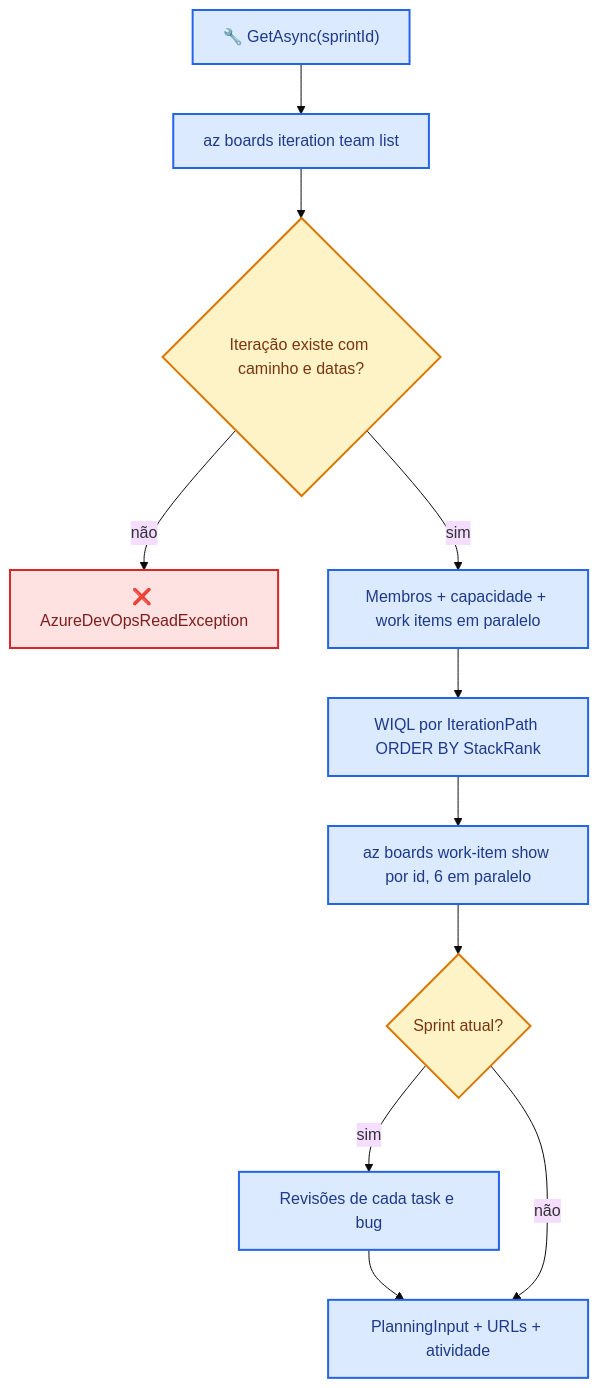
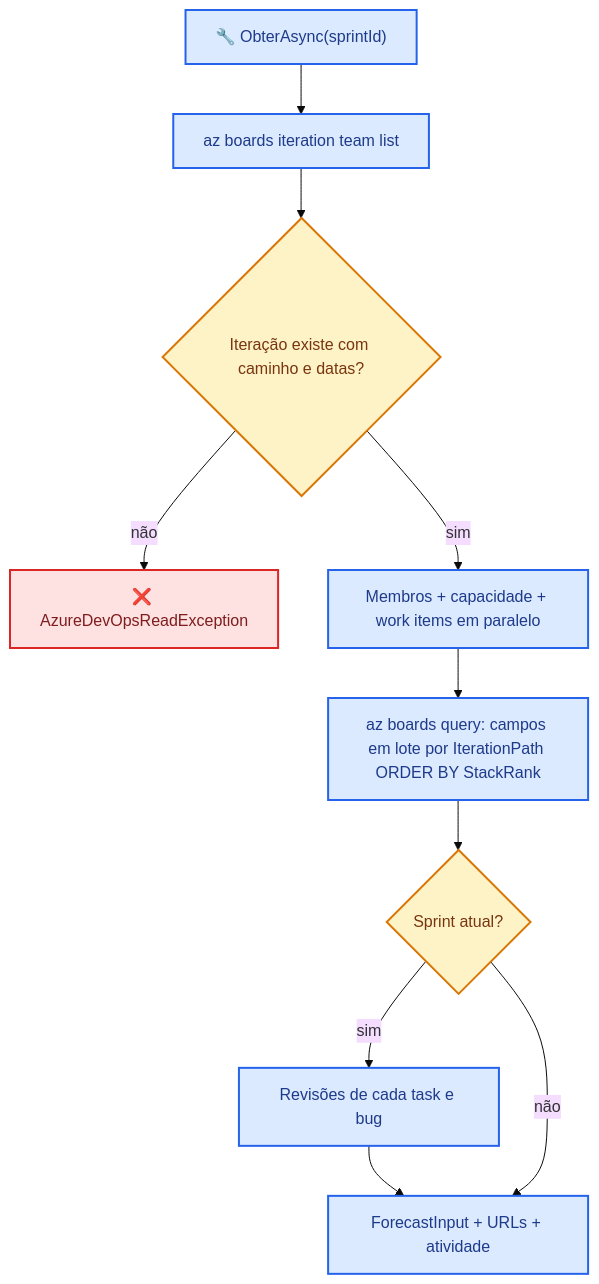
The fourth of 7 diagrams in .docs/ARQUITETURA.md (alepspizzetti/SprintFlow), drawn with Mermaid (base theme) before and after one commit. The commit also changed other lines of this file and 31 other files, not shown here.

First line of the commit message:
Feat:atualiza previsão de sprint e timeline

````diff
--- a/.docs/ARQUITETURA.md
+++ b/.docs/ARQUITETURA.md
@@ -179,25 +183,24 @@
 ```mermaid
 flowchart TD
   classDef processo fill:#DBEAFE,stroke:#2563EB,color:#1E3A8A,stroke-width:2px
   classDef decisao fill:#FEF3C7,stroke:#D97706,color:#78350F,stroke-width:2px
   classDef erro fill:#FEE2E2,stroke:#DC2626,color:#7F1D1D,stroke-width:2px
   classDef home fill:#DBEAFE,stroke:#2563EB,color:#1E3A8A,stroke-width:2px
 
-  inicio["🔧 GetAsync(sprintId)"]:::home
+  inicio["🔧 ObterAsync(sprintId)"]:::home
   iter["az boards iteration team list"]:::processo
   achou{"Iteração existe com caminho e datas?"}:::decisao
   falha["❌ AzureDevOpsReadException"]:::erro
   paralelo["Membros + capacidade + work items em paralelo"]:::processo
-  wiql["WIQL por IterationPath ORDER BY StackRank"]:::processo
-  show["az boards work-item show por id, 6 em paralelo"]:::processo
+  wiql["az boards query: campos em lote por IterationPath ORDER BY StackRank"]:::processo
   atual{"Sprint atual?"}:::decisao
   rev["Revisões de cada task e bug"]:::processo
-  monta["PlanningInput + URLs + atividade"]:::home
+  monta["ForecastInput + URLs + atividade"]:::home
 
   inicio --> iter --> achou
   achou -->|não| falha
   achou -->|sim| paralelo
-  paralelo --> wiql --> show --> atual
+  paralelo --> wiql --> atual
   atual -->|sim| rev --> monta
   atual -->|não| monta
 ```
````
